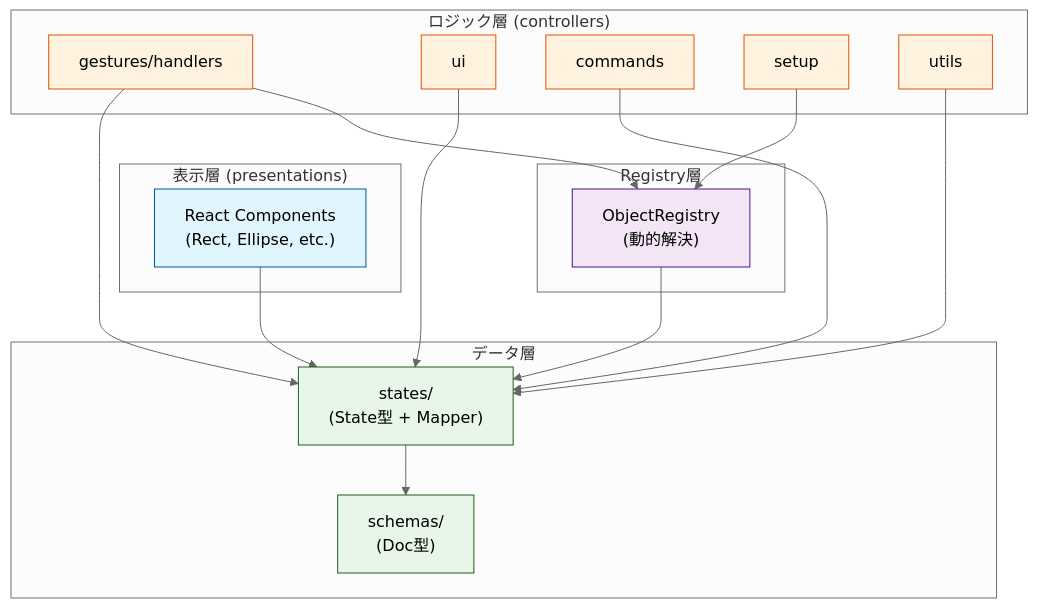
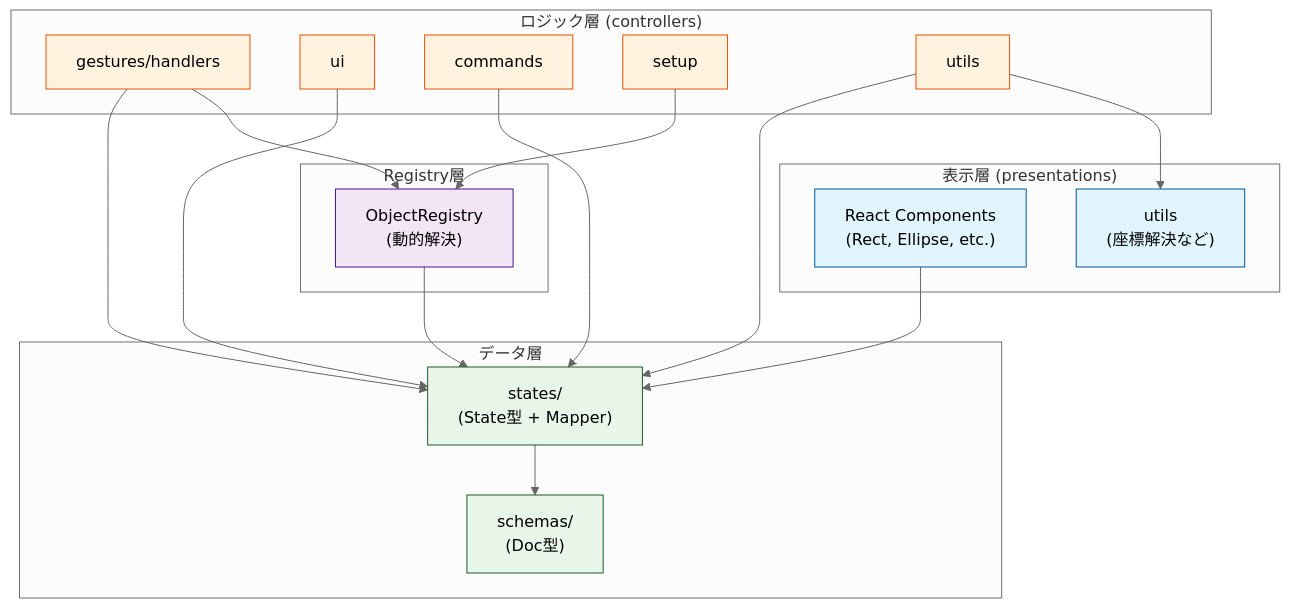
Before and after one commit to gznnk/jiscribe: the diagram in packages/svg-canvas-2/docs/architecture.md, drawn with Mermaid (neutral theme). The commit also changed other lines of this file, not shown here.

Commit message:
docs(svg-canvas-2): controllers→presentations依存をアーキテクチャ図に反映

````diff
--- a/packages/svg-canvas-2/docs/architecture.md
+++ b/packages/svg-canvas-2/docs/architecture.md
@@ -234,48 +235,51 @@
 ```mermaid
 graph TD
     subgraph Presentations["表示層 (presentations)"]
         PresentationComponents["React Components<br>(Rect, Ellipse, etc.)"]
+        PresentationUtils["utils<br>(座標解決など)"]
     end
 
     subgraph Controllers["ロジック層 (controllers)"]
         Gestures["gestures/handlers"]
         UI["ui"]
         Commands["commands"]
         Setup["setup"]
         ControllerUtils["utils"]
     end
 
     subgraph Registry["Registry層"]
         ObjectRegistry["ObjectRegistry<br>(動的解決)"]
     end
 
     subgraph States["データ層"]
         StatesTypes["states/<br>(State型 + Mapper)"]
         SchemasTypes["schemas/<br>(Doc型)"]
     end
 
     %% 依存関係
     PresentationComponents --> StatesTypes
 
     Gestures --> StatesTypes
     Gestures --> ObjectRegistry
     UI --> StatesTypes
     Commands --> StatesTypes
     Setup --> ObjectRegistry
     ControllerUtils --> StatesTypes
+    ControllerUtils --> PresentationUtils
 
     ObjectRegistry --> StatesTypes
 
     StatesTypes --> SchemasTypes
 
     %% スタイリング
     style PresentationComponents fill:#e1f5fe,stroke:#01579b
+    style PresentationUtils fill:#e1f5fe,stroke:#01579b
     style Gestures fill:#fff3e0,stroke:#e65100
     style UI fill:#fff3e0,stroke:#e65100
     style Commands fill:#fff3e0,stroke:#e65100
     style Setup fill:#fff3e0,stroke:#e65100
     style ControllerUtils fill:#fff3e0,stroke:#e65100
     style ObjectRegistry fill:#f3e5f5,stroke:#4a148c
     style StatesTypes fill:#e8f5e9,stroke:#1b5e20
     style SchemasTypes fill:#e8f5e9,stroke:#1b5e20
 ```
````
